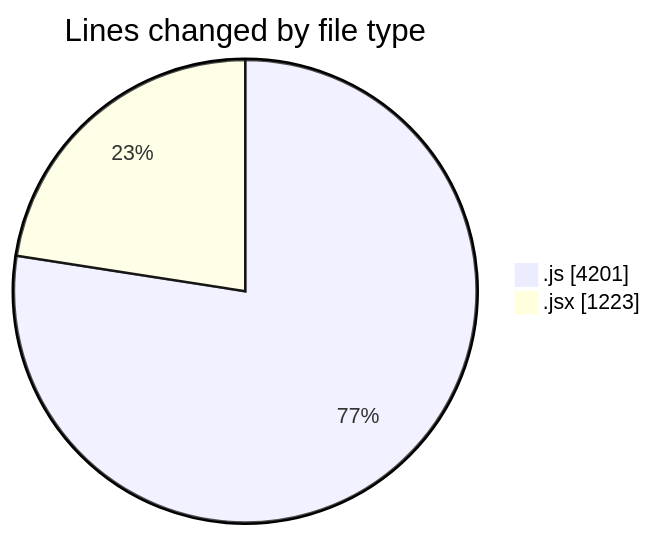
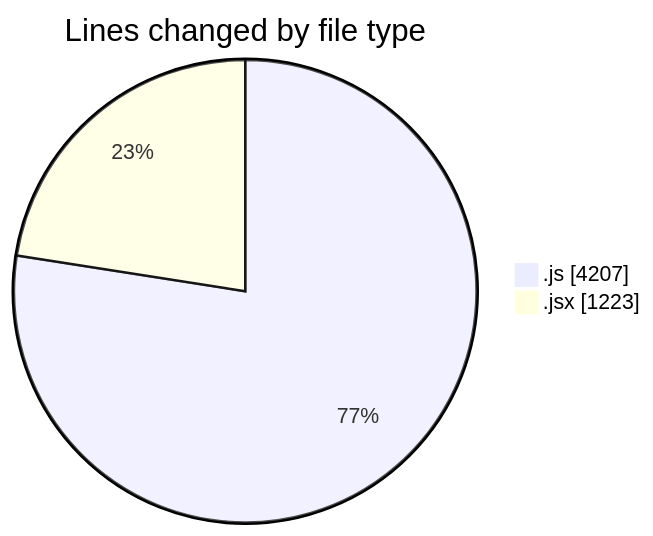
One commit to nxtqubesakshisongat/code-tracking changed the first of 2 diagrams in 2025-09-24/nxtqube_webapp/README.md. Above: the diagram before and after it, drawn with Mermaid. The commit also changed other lines of this file and 1 other file, not shown here.

````diff
--- a/2025-09-24/nxtqube_webapp/README.md
+++ b/2025-09-24/nxtqube_webapp/README.md
@@ -23,6 +23,6 @@
 ```mermaid
 pie showData
 title Lines changed by file type
-".js" : 4201
+".js" : 4207
 ".jsx" : 1223
 ```
````
